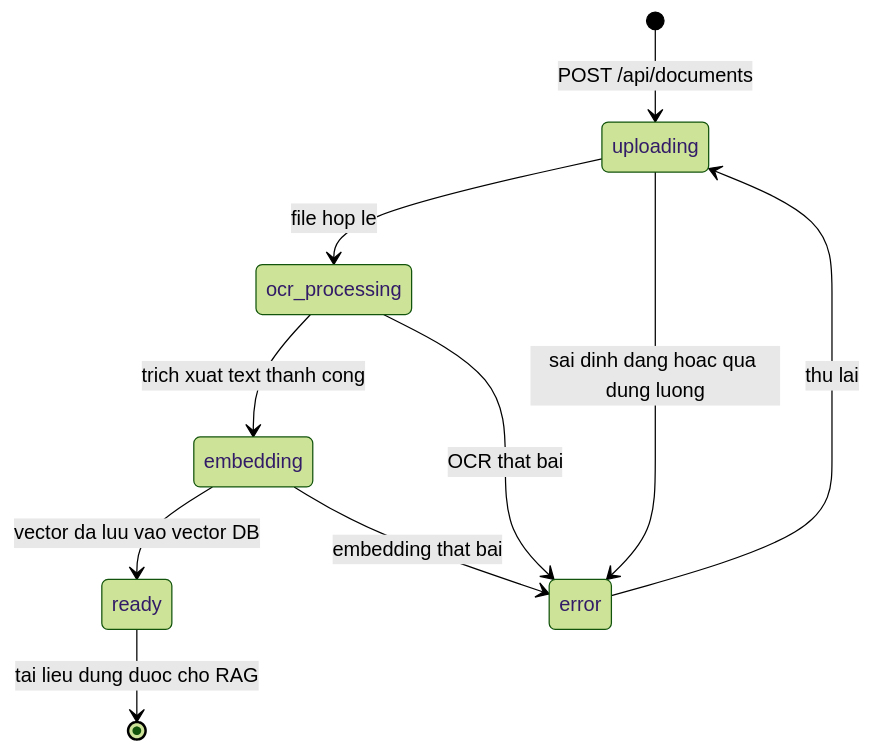
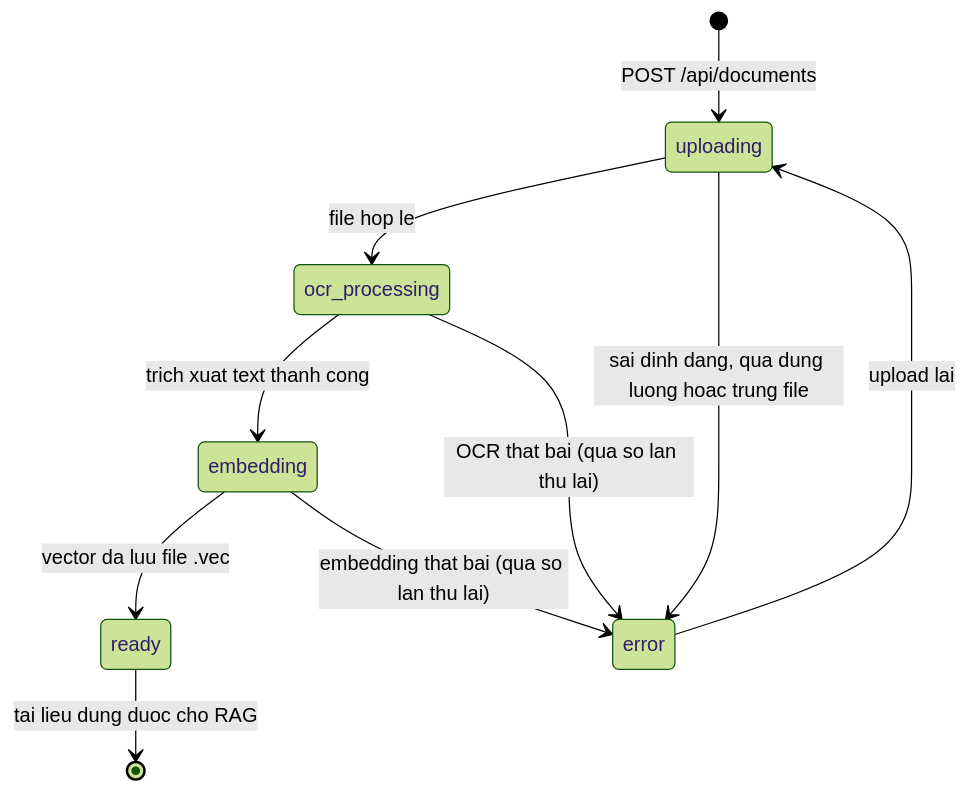
One commit to PhanTai227/ChatBotTroLiThongMinh changed the fourth of 5 diagrams in docs/THIET_KE_HE_THONG.md. Above: the diagram before and after it, drawn with Mermaid (forest theme). The commit also changed other lines of this file and 36 other files, not shown here.

````diff
--- a/docs/THIET_KE_HE_THONG.md
+++ b/docs/THIET_KE_HE_THONG.md
@@ -578,12 +636,12 @@
 ```mermaid
 stateDiagram-v2
     [*] --> uploading : POST /api/documents
     uploading --> ocr_processing : file hop le
-    uploading --> error : sai dinh dang hoac qua dung luong
+    uploading --> error : sai dinh dang, qua dung luong hoac trung file
     ocr_processing --> embedding : trich xuat text thanh cong
-    ocr_processing --> error : OCR that bai
-    embedding --> ready : vector da luu vao vector DB
-    embedding --> error : embedding that bai
-    error --> uploading : thu lai
+    ocr_processing --> error : OCR that bai (qua so lan thu lai)
+    embedding --> ready : vector da luu file .vec
+    embedding --> error : embedding that bai (qua so lan thu lai)
+    error --> uploading : upload lai
     ready --> [*] : tai lieu dung duoc cho RAG
 ```
````
